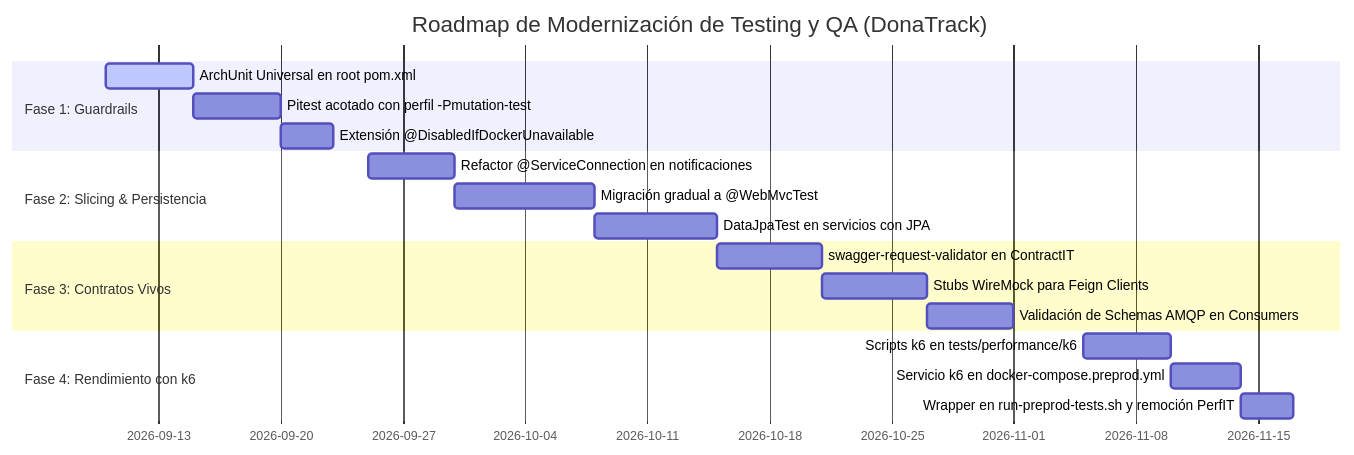
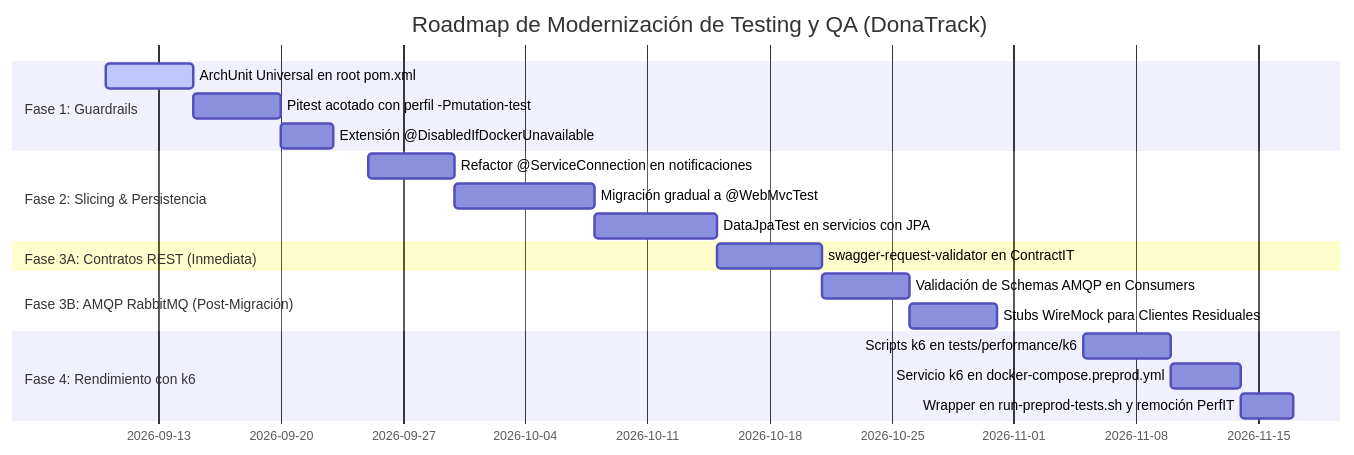
One commit to tsorren/DonaTrack-TP-DDS changed the diagram in docs/testing/auditoria/05-roadmap-migracion.md. Above: the diagram before and after it, drawn with Mermaid. The commit also changed other lines of this file and 5 other files, not shown here.

Commit message:
docs(qa): subsanar hallazgos H-1 a H-4 y flexibilizar roadmap de contratos ante RabbitMQ

````diff
--- a/docs/testing/auditoria/05-roadmap-migracion.md
+++ b/docs/testing/auditoria/05-roadmap-migracion.md
@@ -27,21 +28,22 @@
 ```mermaid
 gantt
     title Roadmap de Modernización de Testing y QA (DonaTrack)
     dateFormat  YYYY-MM-DD
     section Fase 1: Guardrails
     ArchUnit Universal en root pom.xml         :active, f1_1, 2026-09-10, 5d
     Pitest acotado con perfil -Pmutation-test  :f1_2, after f1_1, 5d
     Extensión @DisabledIfDockerUnavailable      :f1_3, after f1_2, 3d
     section Fase 2: Slicing & Persistencia
     Refactor @ServiceConnection en notificaciones:f2_1, 2026-09-25, 5d
     Migración gradual a @WebMvcTest            :f2_2, after f2_1, 8d
     DataJpaTest en servicios con JPA            :f2_3, after f2_2, 7d
-    section Fase 3: Contratos Vivos
+    section Fase 3A: Contratos REST (Inmediata)
     swagger-request-validator en ContractIT    :f3_1, 2026-10-15, 6d
-    Stubs WireMock para Feign Clients          :f3_2, after f3_1, 6d
-    Validación de Schemas AMQP en Consumers    :f3_3, after f3_2, 5d
+    section Fase 3B: AMQP RabbitMQ (Post-Migración)
+    Validación de Schemas AMQP en Consumers    :f3_2, after f3_1, 5d
+    Stubs WireMock para Clientes Residuales    :f3_3, after f3_2, 5d
     section Fase 4: Rendimiento con k6
     Scripts k6 en tests/performance/k6         :f4_1, 2026-11-05, 5d
     Servicio k6 en docker-compose.preprod.yml  :f4_2, after f4_1, 4d
     Wrapper en run-preprod-tests.sh y remoción PerfIT:f4_3, after f4_2, 3d
 ```
````
